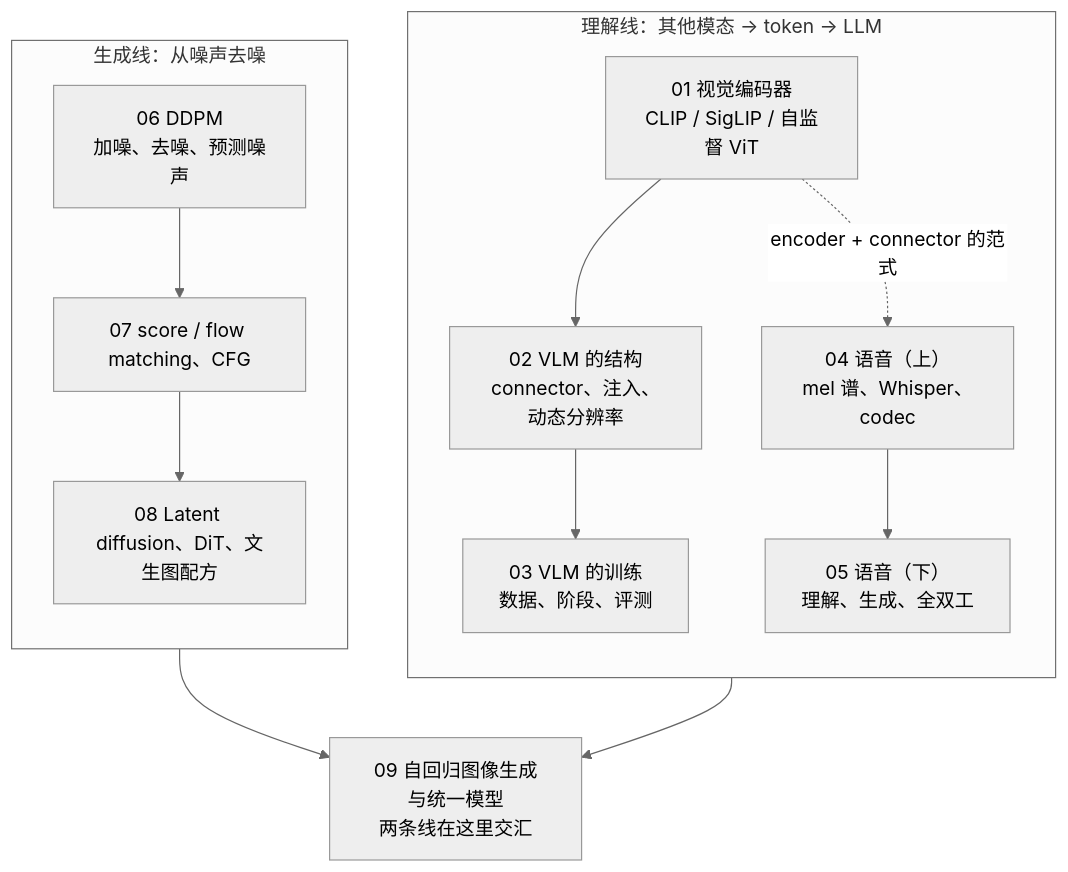
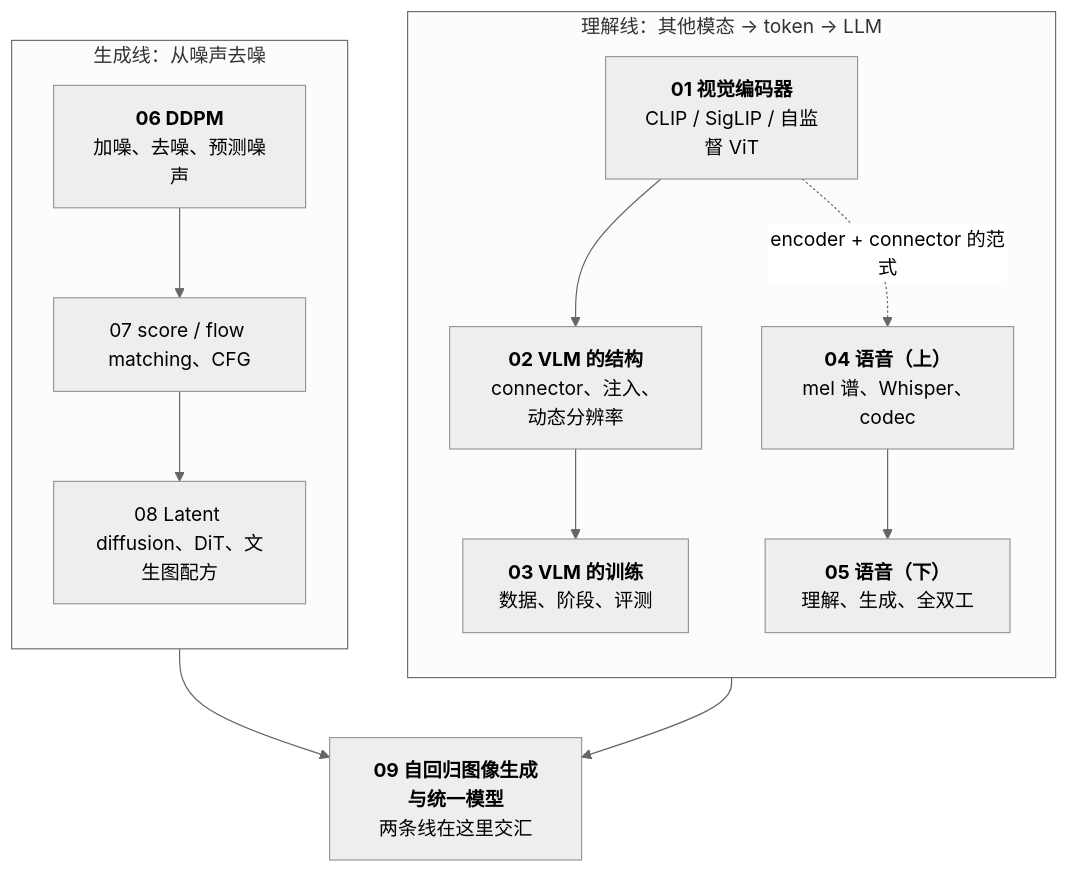
One commit to arganzheng/arganzheng.github.com changed the diagram in _posts/2026-05-09-multimodal-series-recap-and-self-test.md. Above: the diagram before and after it, drawn with Mermaid (neutral theme). The commit also changed 1 other file, not shown here.

Commit message:
多模态：从视觉编码器到扩散模型：Mermaid 多行方框的首行标为标题（2 篇）
只在标签开头加 <b>…</b>，文字不变；长句、断句续行、代码 / 推演步骤、
并列行和判断菱形保持原样。

````diff
--- a/_posts/2026-05-09-multimodal-series-recap-and-self-test.md
+++ b/_posts/2026-05-09-multimodal-series-recap-and-self-test.md
@@ -20,17 +20,17 @@
 ```mermaid
 %%{init: {"flowchart": {"wrappingWidth": 150}}}%%
 %% 图：多模态系列全景：理解线与生成线在第九篇交汇
 flowchart TB
     subgraph U["理解线：其他模态 → token → LLM"]
         direction TB
-        V1["01 视觉编码器<br/>CLIP / SigLIP / 自监督 ViT"] --> V2["02 VLM 的结构<br/>connector、注入、动态分辨率"] --> V3["03 VLM 的训练<br/>数据、阶段、评测"]
-        A4["04 语音（上）<br/>mel 谱、Whisper、codec"] --> A5["05 语音（下）<br/>理解、生成、全双工"]
+        V1["<b>01 视觉编码器</b><br/>CLIP / SigLIP / 自监督 ViT"] --> V2["<b>02 VLM 的结构</b><br/>connector、注入、动态分辨率"] --> V3["<b>03 VLM 的训练</b><br/>数据、阶段、评测"]
+        A4["<b>04 语音（上）</b><br/>mel 谱、Whisper、codec"] --> A5["<b>05 语音（下）</b><br/>理解、生成、全双工"]
     end
     subgraph G["生成线：从噪声去噪"]
         direction TB
-        G6["06 DDPM<br/>加噪、去噪、预测噪声"] --> G7["07 score / flow matching、CFG"] --> G8["08 Latent diffusion、DiT、文生图配方"]
+        G6["<b>06 DDPM</b><br/>加噪、去噪、预测噪声"] --> G7["07 score / flow matching、CFG"] --> G8["08 Latent diffusion、DiT、文生图配方"]
     end
-    V2 & G8 --> M9["09 自回归图像生成与统一模型<br/>两条线在这里交汇"]
+    V2 & G8 --> M9["<b>09 自回归图像生成与统一模型</b><br/>两条线在这里交汇"]
     V1 -. "encoder + connector 的范式" .-> A4
 
 ```
````
